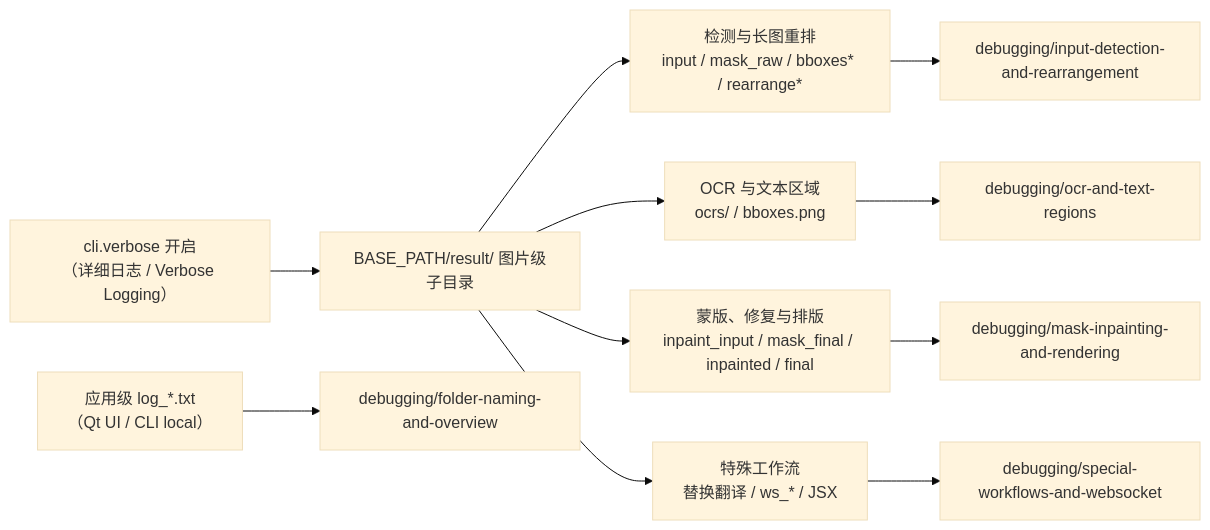
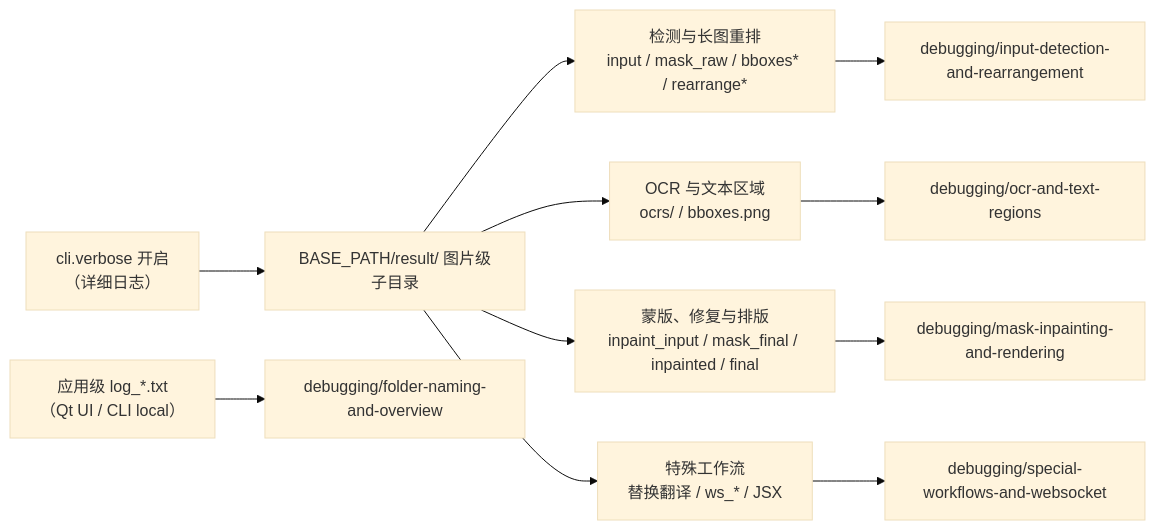
Before and after one commit to hgmzhn/manga-translator-ui: the diagram in doc/wiki/zh/reference/debug-artifact-index.md, drawn with Mermaid (base theme). The commit also changed other lines of this file and 252 other files, not shown here.

````diff
--- a/doc/wiki/zh/reference/debug-artifact-index.md
+++ b/doc/wiki/zh/reference/debug-artifact-index.md
@@ -85,13 +77,13 @@
 ```mermaid
 flowchart LR
-    V["cli.verbose 开启\n（详细日志 / Verbose Logging）"] --> SUB["BASE_PATH/result/ 图片级子目录"]
+    V["cli.verbose 开启\n（详细日志）"] --> SUB["BASE_PATH/result/ 图片级子目录"]
     SUB --> A["检测与长图重排\ninput / mask_raw / bboxes* / rearrange*"]
     SUB --> B["OCR 与文本区域\nocrs/ / bboxes.png"]
     SUB --> C["蒙版、修复与排版\ninpaint_input / mask_final / inpainted / final"]
     SUB --> D["特殊工作流\n替换翻译 / ws_* / JSX"]
     A --> P1["debugging/input-detection-and-rearrangement"]
     B --> P2["debugging/ocr-and-text-regions"]
     C --> P3["debugging/mask-inpainting-and-rendering"]
     D --> P4["debugging/special-workflows-and-websocket"]
     L["应用级 log_*.txt\n（Qt UI / CLI local）"] --> P5["debugging/folder-naming-and-overview"]
 ```
````
